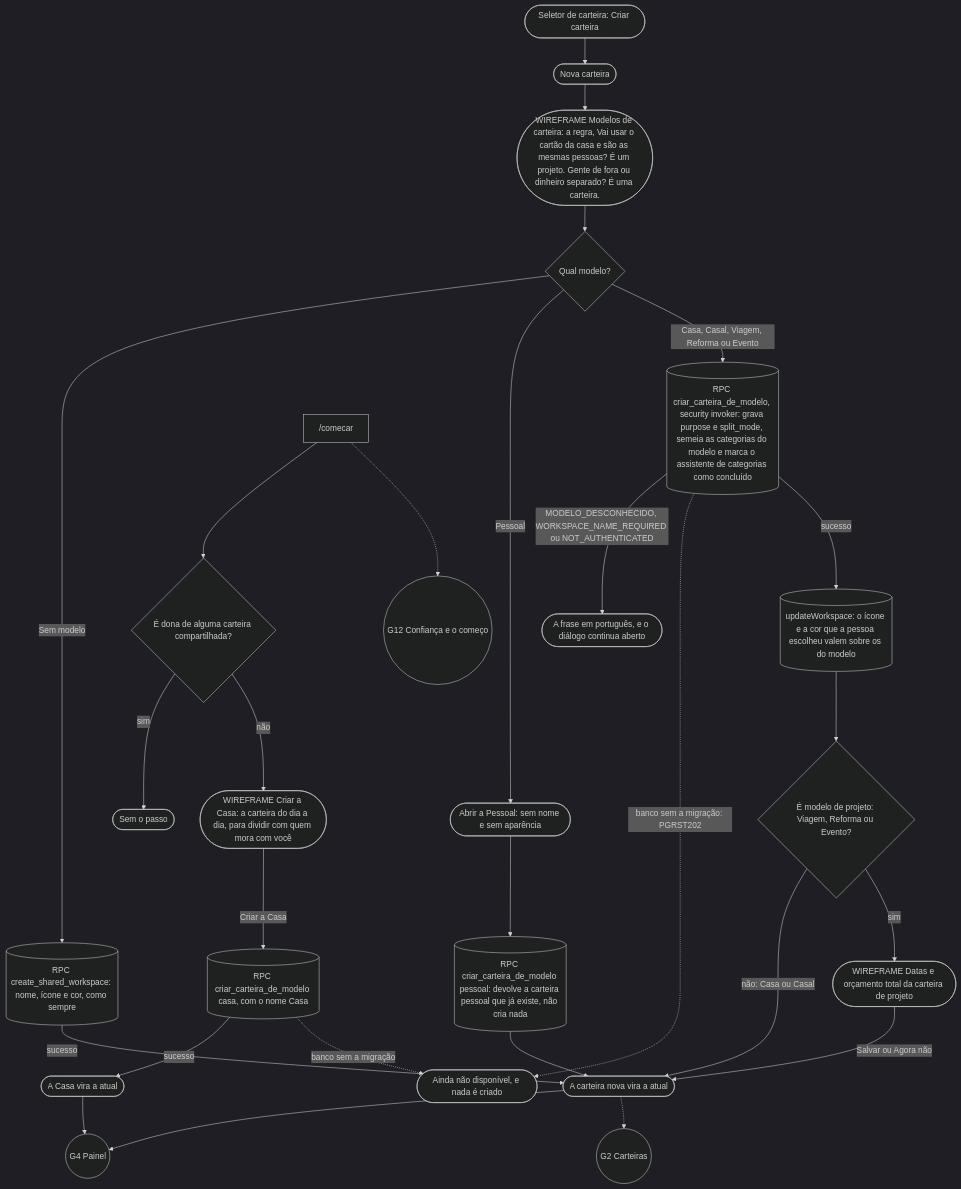
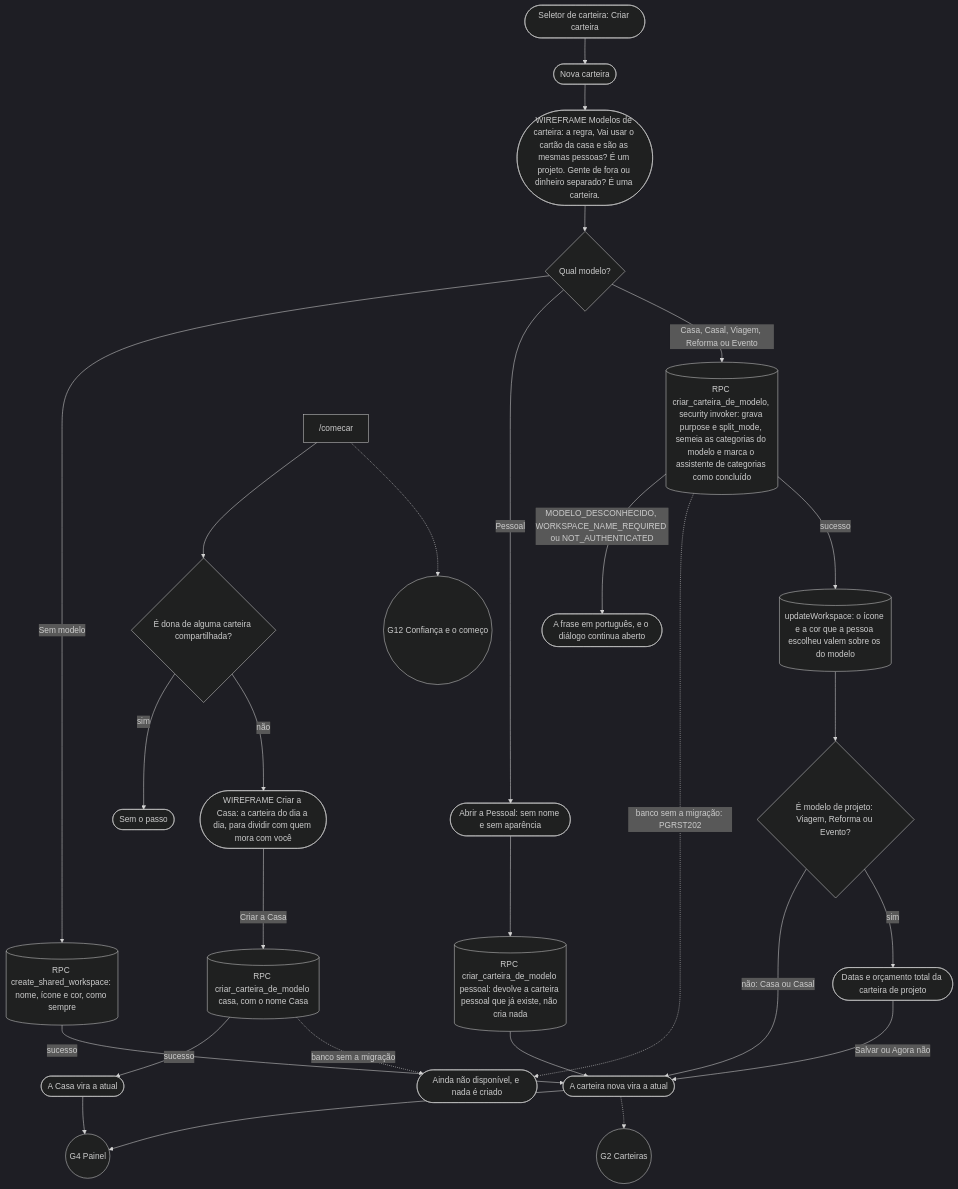
Before and after one commit to kauax2000/finance_app: diagram 26 of 31 in docs/JORNADAS.md, drawn with Mermaid. The commit also changed other lines of this file and 2 other files, not shown here.

````diff
--- a/docs/JORNADAS.md
+++ b/docs/JORNADAS.md
@@ -1825,31 +1827,31 @@
 ```mermaid
 %%{init: {"theme": "dark"}}%%
 flowchart TD
     switcher(["Seletor de carteira: Criar carteira"]) --> dlg(["Nova carteira"])
     dlg --> regra(["WIREFRAME Modelos de carteira: a regra, Vai usar o cartão da casa e são as mesmas pessoas? É um projeto. Gente de fora ou dinheiro separado? É uma carteira."])
     regra --> escolha{"Qual modelo?"}
     escolha -->|"Sem modelo"| semModelo[("RPC create_shared_workspace: nome, ícone e cor, como sempre")]
     escolha -->|"Pessoal"| pessoal(["Abrir a Pessoal: sem nome e sem aparência"])
     pessoal --> pessoalRpc[("RPC criar_carteira_de_modelo pessoal: devolve a carteira pessoal que já existe, não cria nada")]
     escolha -->|"Casa, Casal, Viagem, Reforma ou Evento"| modeloRpc[("RPC criar_carteira_de_modelo, security invoker: grava purpose e split_mode, semeia as categorias do modelo e marca o assistente de categorias como concluído")]
     modeloRpc -->|"MODELO_DESCONHECIDO, WORKSPACE_NAME_REQUIRED ou NOT_AUTHENTICATED"| erro(["A frase em português, e o diálogo continua aberto"])
     modeloRpc -.->|"banco sem a migração: PGRST202"| indisp(["Ainda não disponível, e nada é criado"])
     modeloRpc -->|"sucesso"| aparencia[("updateWorkspace: o ícone e a cor que a pessoa escolheu valem sobre os do modelo")]
     aparencia --> tipo{"É modelo de projeto: Viagem, Reforma ou Evento?"}
     tipo -->|"não: Casa ou Casal"| nova(["A carteira nova vira a atual"])
-    tipo -->|"sim"| datas(["WIREFRAME Datas e orçamento total da carteira de projeto"])
+    tipo -->|"sim"| datas(["Datas e orçamento total da carteira de projeto"])
     datas -->|"Salvar ou Agora não"| nova
     semModelo -->|"sucesso"| nova
     pessoalRpc --> nova
     nova --> G4(("G4 Painel"))
     nova -.-> G2(("G2 Carteiras"))
 
     comecar["/comecar"] --> dona{"É dona de alguma carteira compartilhada?"}
     dona -->|"sim"| semPasso(["Sem o passo"])
     dona -->|"não"| casa(["WIREFRAME Criar a Casa: a carteira do dia a dia, para dividir com quem mora com você"])
     casa -->|"Criar a Casa"| casaRpc[("RPC criar_carteira_de_modelo casa, com o nome Casa")]
     casaRpc -->|"sucesso"| troca(["A Casa vira a atual"])
     casaRpc -.->|"banco sem a migração"| indisp
     troca --> G4
     comecar -.-> G12(("G12 Confiança e o começo"))
 ```
````
